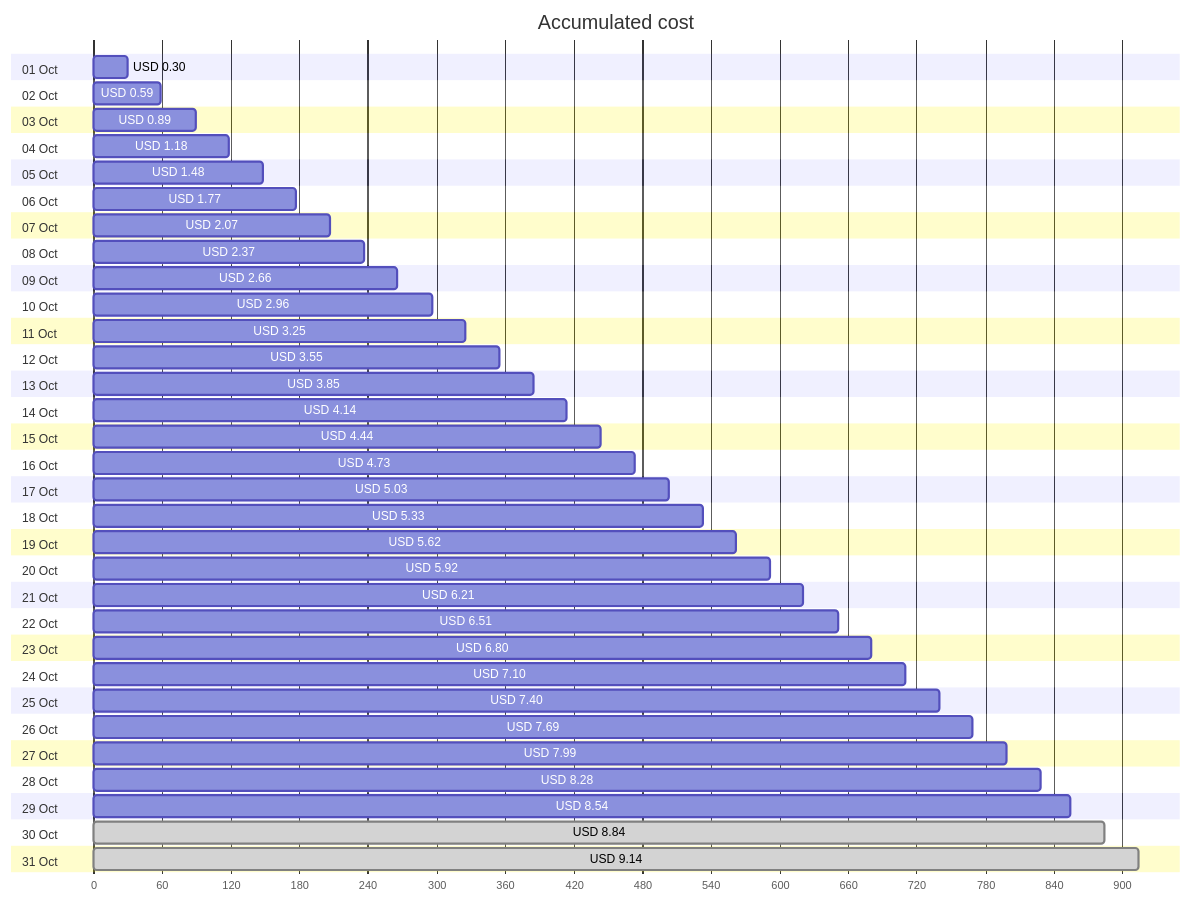
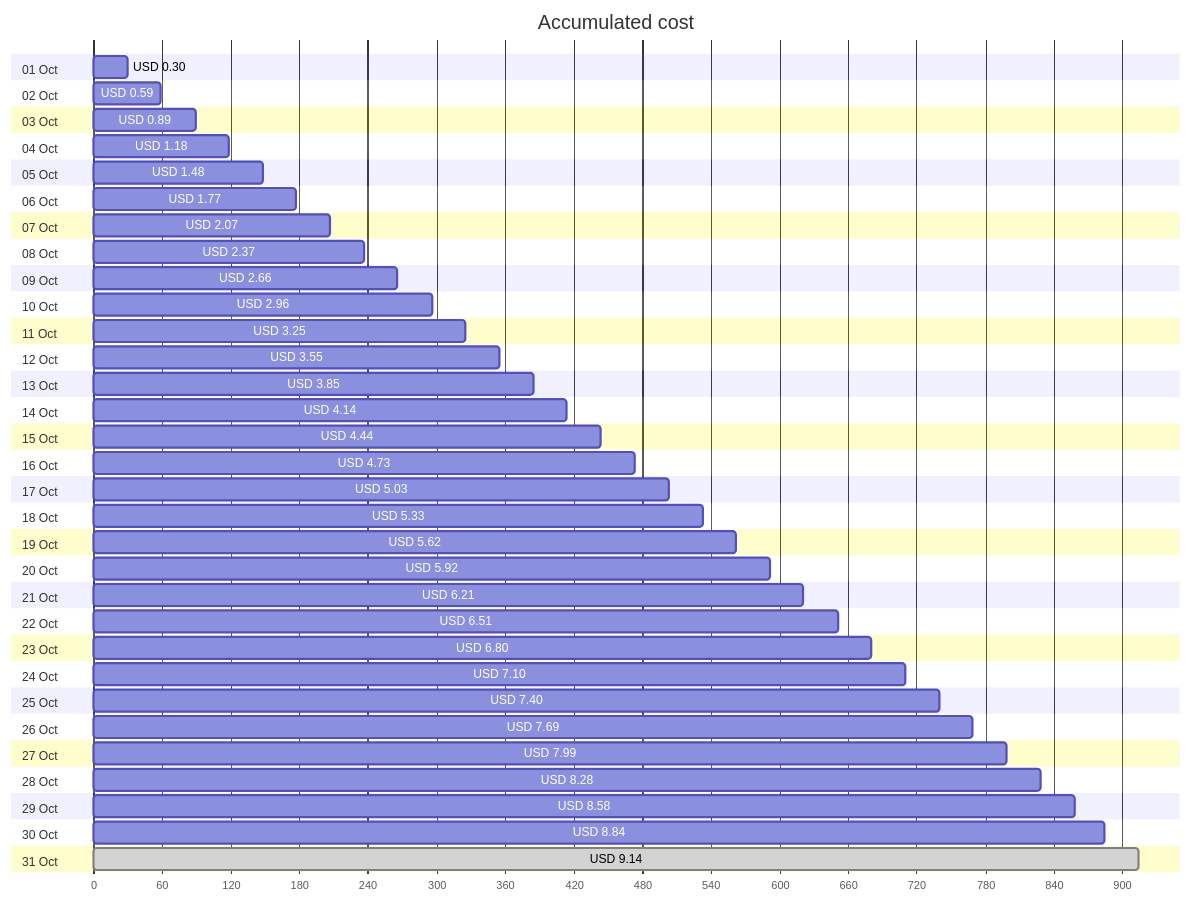
One commit to jpfulton/azure-personal-reports changed the first of 4 diagrams in cost-reports/personal-site/personal-site-preview.md. Above: the diagram before and after it, drawn with Mermaid. The commit also changed other lines of this file and 7 other files, not shown here.

````diff
--- a/cost-reports/personal-site/personal-site-preview.md
+++ b/cost-reports/personal-site/personal-site-preview.md
@@ -20,68 +20,68 @@
 ```mermaid
 gantt
    title Accumulated cost
    dateFormat  X
    axisFormat %s
    section 01 Oct
    USD 0.30 :0, 30
    section 02 Oct
    USD 0.59 :0, 59
    section 03 Oct
    USD 0.89 :0, 89
    section 04 Oct
    USD 1.18 :0, 118
    section 05 Oct
    USD 1.48 :0, 148
    section 06 Oct
    USD 1.77 :0, 177
    section 07 Oct
    USD 2.07 :0, 207
    section 08 Oct
    USD 2.37 :0, 237
    section 09 Oct
    USD 2.66 :0, 266
    section 10 Oct
    USD 2.96 :0, 296
    section 11 Oct
    USD 3.25 :0, 325
    section 12 Oct
    USD 3.55 :0, 355
    section 13 Oct
    USD 3.85 :0, 385
    section 14 Oct
    USD 4.14 :0, 414
    section 15 Oct
    USD 4.44 :0, 444
    section 16 Oct
    USD 4.73 :0, 473
    section 17 Oct
    USD 5.03 :0, 503
    section 18 Oct
    USD 5.33 :0, 533
    section 19 Oct
    USD 5.62 :0, 562
    section 20 Oct
    USD 5.92 :0, 592
    section 21 Oct
    USD 6.21 :0, 621
    section 22 Oct
    USD 6.51 :0, 651
    section 23 Oct
    USD 6.80 :0, 680
    section 24 Oct
    USD 7.10 :0, 710
    section 25 Oct
    USD 7.40 :0, 740
    section 26 Oct
    USD 7.69 :0, 769
    section 27 Oct
    USD 7.99 :0, 799
    section 28 Oct
    USD 8.28 :0, 828
    section 29 Oct
-   USD 8.54 :0, 854
+   USD 8.58 :0, 858
    section 30 Oct
-   USD 8.84 : done, 0, 884
+   USD 8.84 :0, 884
    section 31 Oct
    USD 9.14 : done, 0, 914
 ```
````
